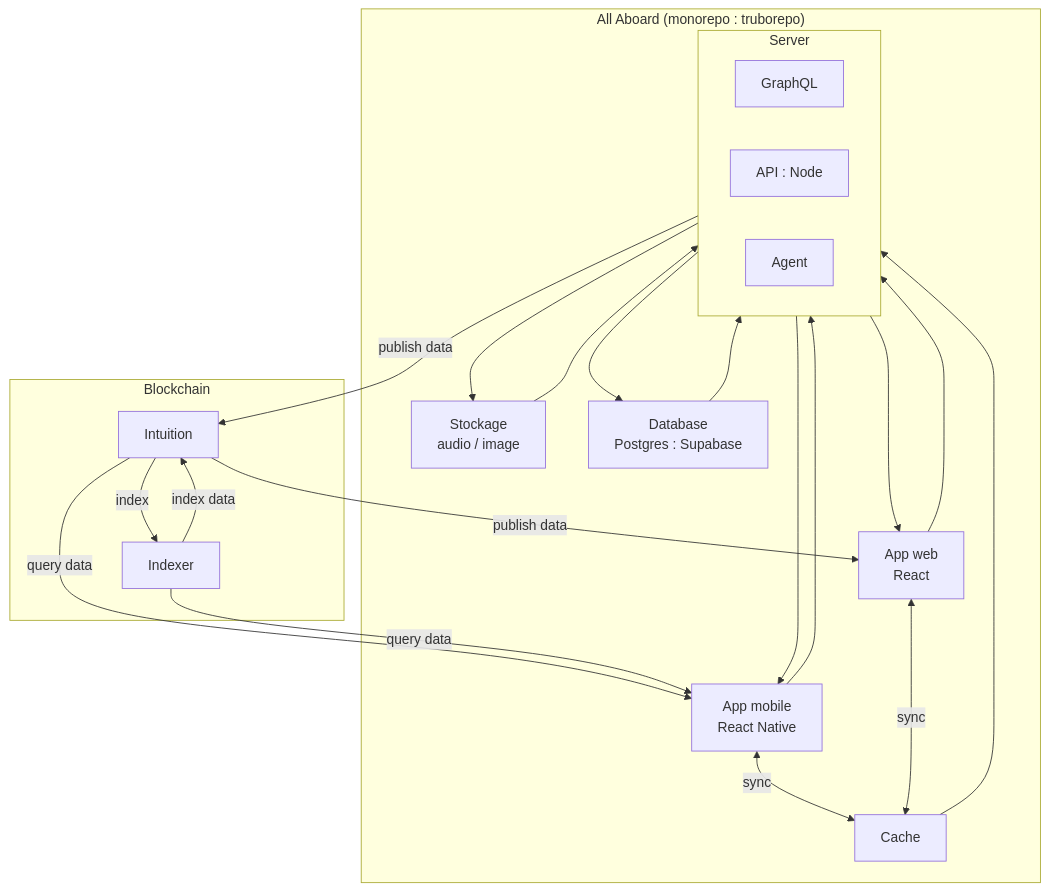
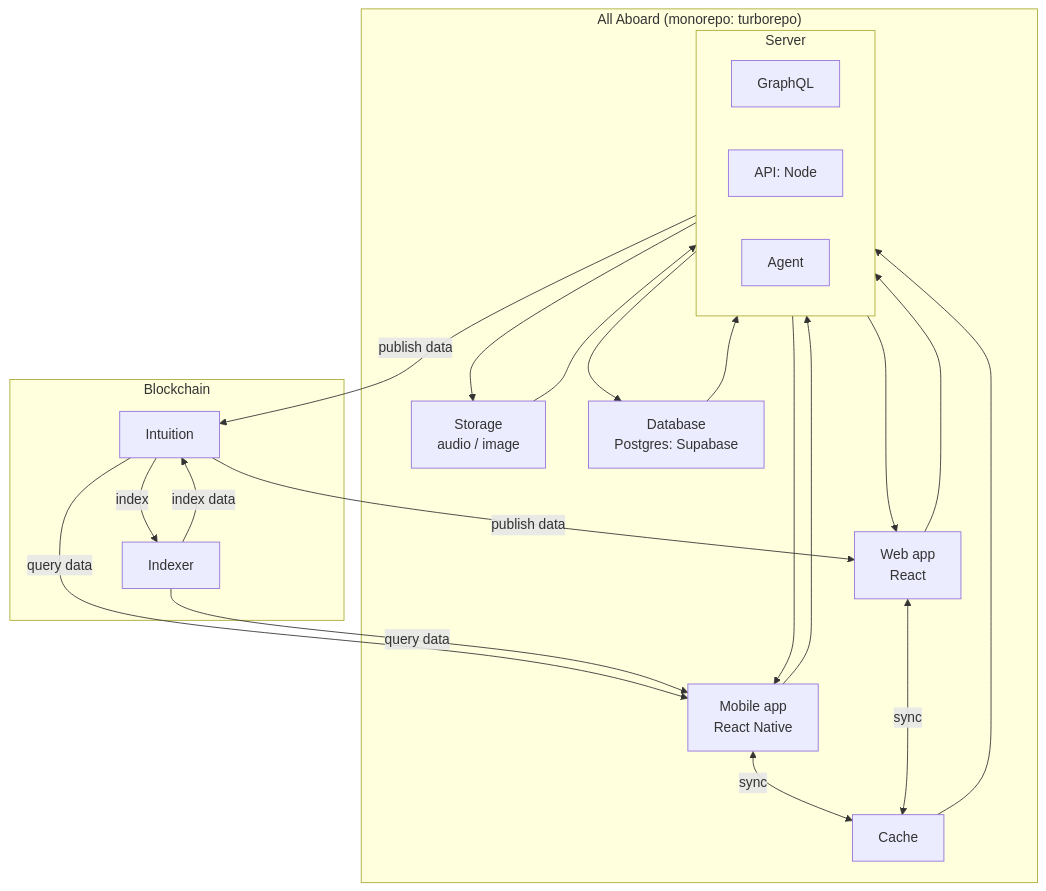
One commit to AllAboard-THP/All-Aboard changed the diagram in Docs/architecture/dataflow.md. Above: the diagram before and after it, drawn with Mermaid. The commit also changed other lines of this file and 84 other files, not shown here.

````diff
--- a/Docs/architecture/dataflow.md
+++ b/Docs/architecture/dataflow.md
@@ -18,45 +18,45 @@
 ```mermaid
 flowchart TB
-    subgraph AA["All Aboard (monorepo : truborepo)"]
-        Mobile["App mobile<br/>React Native"]
-        Web["App web<br/>React"]
+    subgraph AA["All Aboard (monorepo: turborepo)"]
+        Mobile["Mobile app<br/>React Native"]
+        Web["Web app<br/>React"]
         Cache["Cache"]
 
         subgraph Server["Server"]
             GQL["GraphQL"]
-            API["API : Node"]
+            API["API: Node"]
             Agent["Agent"]
         end
 
-        Media["Stockage<br/>audio / image"]
-        DB["Database<br/>Postgres : Supabase"]
+        Media["Storage<br/>audio / image"]
+        DB["Database<br/>Postgres: Supabase"]
     end
 
     subgraph Chain["Blockchain"]
         Indexer["Indexer"]
         Intuition["Intuition"]
     end
 
     Mobile --> Server
     Web --> Server
     Server --> Mobile
     Server --> Web
 
     Mobile <-->|sync| Cache
     Web <-->|sync| Cache
     Cache --> Server
 
     Server --> DB
     DB --> Server
 
     Server --> Media
     Media --> Server
 
     Server -->|publish data| Intuition
     Intuition -->|query data| Mobile
     Intuition -->|publish data| Web
 
     Intuition -->|index| Indexer
     Indexer -->|index data| Intuition
     Indexer -->|query data| Mobile
 ```
````
